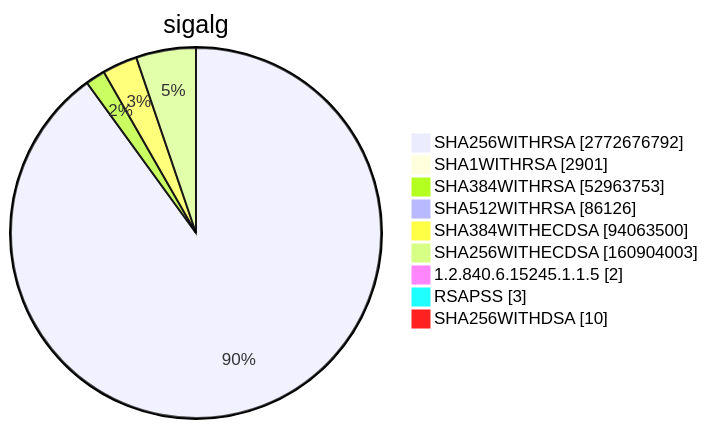
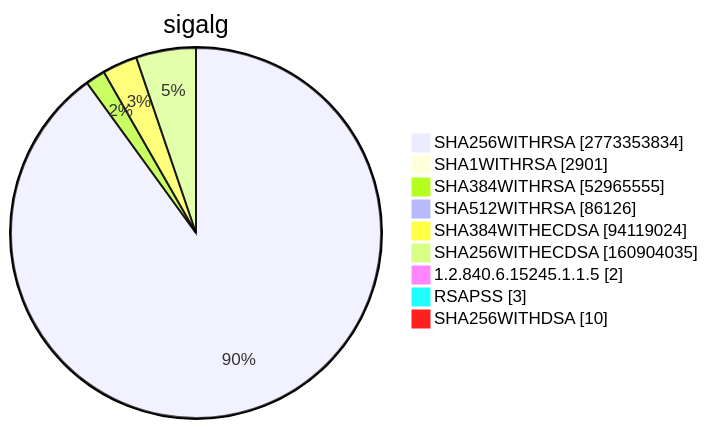
Before and after one commit to christiankrug/ctmonitor_visualization: diagram 15 of 15 in TOTAL/README.md, drawn with Mermaid. The commit also changed other lines of this file, not shown here.

````diff
--- a/TOTAL/README.md
+++ b/TOTAL/README.md
@@ -6207,13 +6207,13 @@
 ```mermaid
 pie showData
 title sigalg
-"SHA256WITHRSA" :2772676792
+"SHA256WITHRSA" :2773353834
 "SHA1WITHRSA" :2901
-"SHA384WITHRSA" :52963753
+"SHA384WITHRSA" :52965555
 "SHA512WITHRSA" :86126
-"SHA384WITHECDSA" :94063500
-"SHA256WITHECDSA" :160904003
+"SHA384WITHECDSA" :94119024
+"SHA256WITHECDSA" :160904035
 "1.2.840.6.15245.1.1.5" :2
 "RSAPSS" :3
 "SHA256WITHDSA" :10
 ```
````
